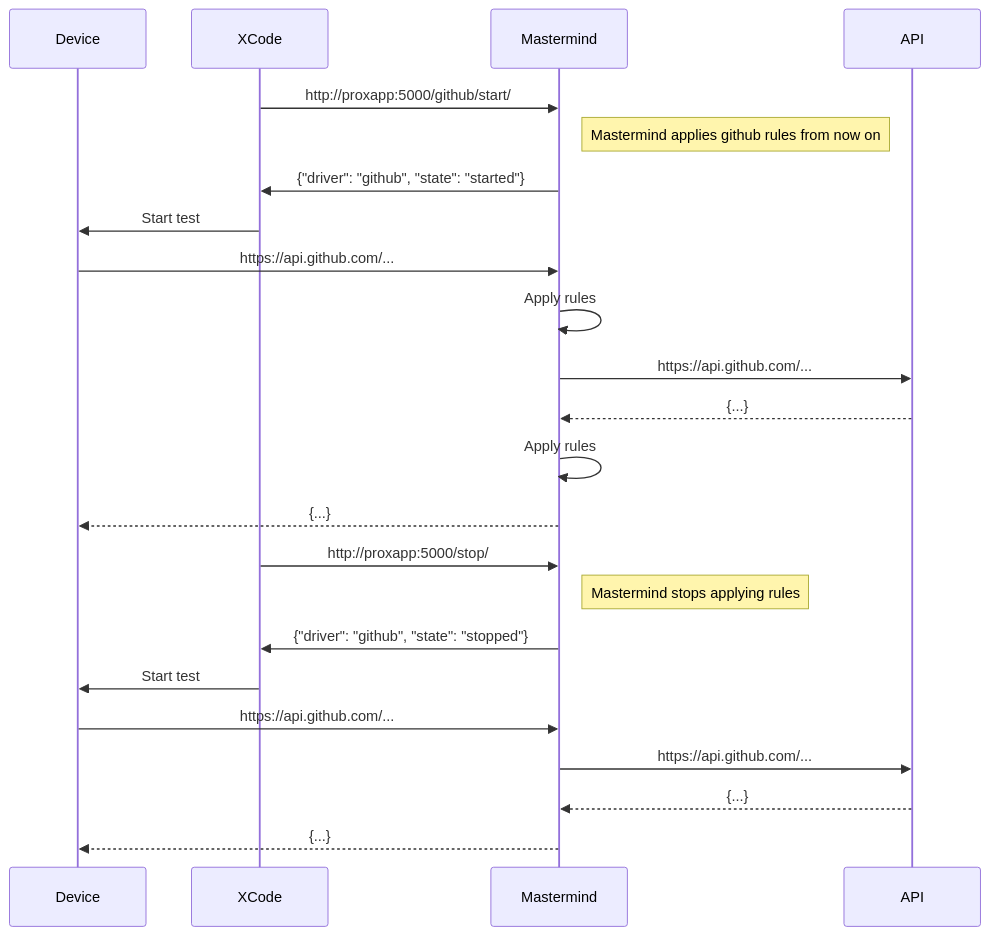
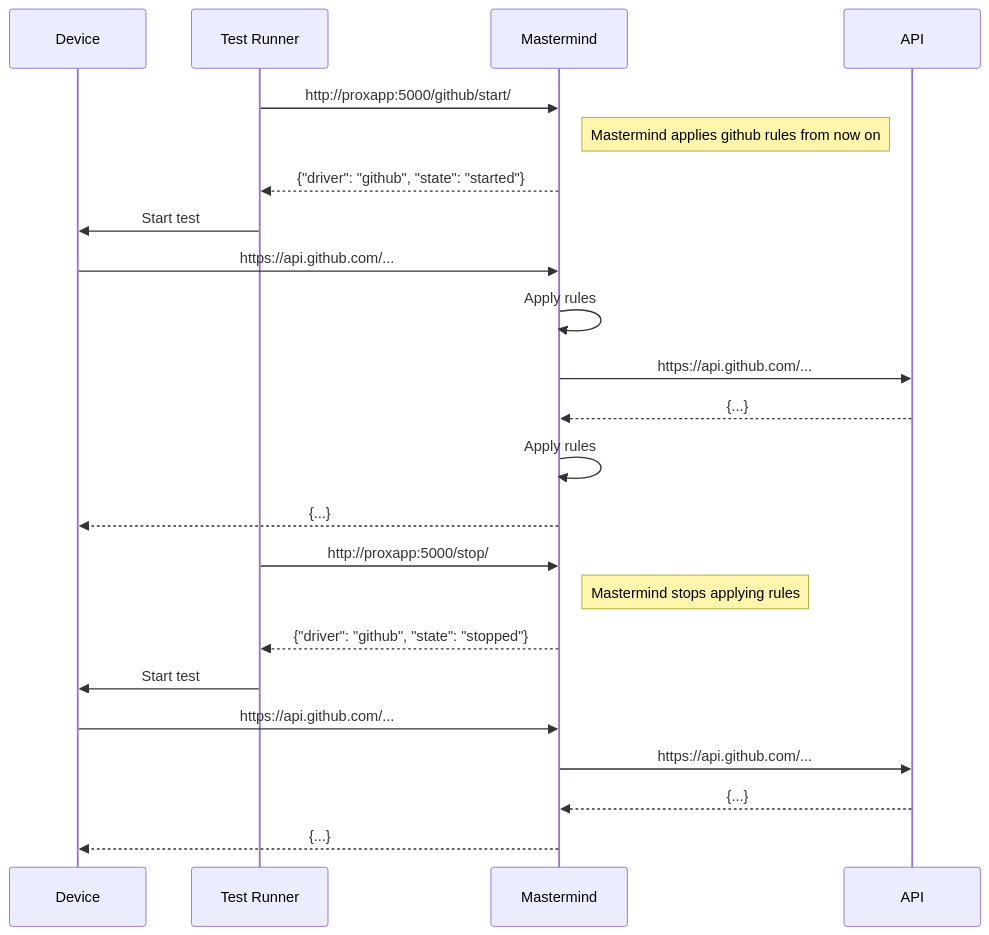
Before and after one commit to ustwo/mastermind: the diagram in docs/schematics/driver-stateful.mmd, drawn with Mermaid. The commit also changed 3 other files, not shown here.

Commit message:
Change wording in the schematics architecture

```diff
--- a/docs/schematics/driver-stateful.mmd
+++ b/docs/schematics/driver-stateful.mmd
@@ -1,24 +1,24 @@
 sequenceDiagram
   participant Device
-  participant XCode
+  participant Test Runner
   participant Mastermind
   participant API
 
-  XCode->>Mastermind: http://proxapp:5000/github/start/
+  Test Runner->>Mastermind: http://proxapp:5000/github/start/
   Note right of Mastermind: Mastermind applies github rules from now on
-  Mastermind->>XCode: {"driver": "github", "state": "started"}
-  XCode->>Device: Start test
+  Mastermind-->>Test Runner: {"driver": "github", "state": "started"}
+  Test Runner->>Device: Start test
   Device->>Mastermind: https://api.github.com/...
   Mastermind->>Mastermind: Apply rules
   Mastermind->>API: https://api.github.com/...
   API-->>Mastermind: {...}
   Mastermind->>Mastermind: Apply rules
   Mastermind-->>Device: {...}
-  XCode->>Mastermind: http://proxapp:5000/stop/
+  Test Runner->>Mastermind: http://proxapp:5000/stop/
   Note right of Mastermind: Mastermind stops applying rules
-  Mastermind->>XCode: {"driver": "github", "state": "stopped"}
-  XCode->>Device: Start test
+  Mastermind-->>Test Runner: {"driver": "github", "state": "stopped"}
+  Test Runner->>Device: Start test
   Device->>Mastermind: https://api.github.com/...
   Mastermind->>API: https://api.github.com/...
   API-->>Mastermind: {...}
   Mastermind-->>Device: {...}
```
